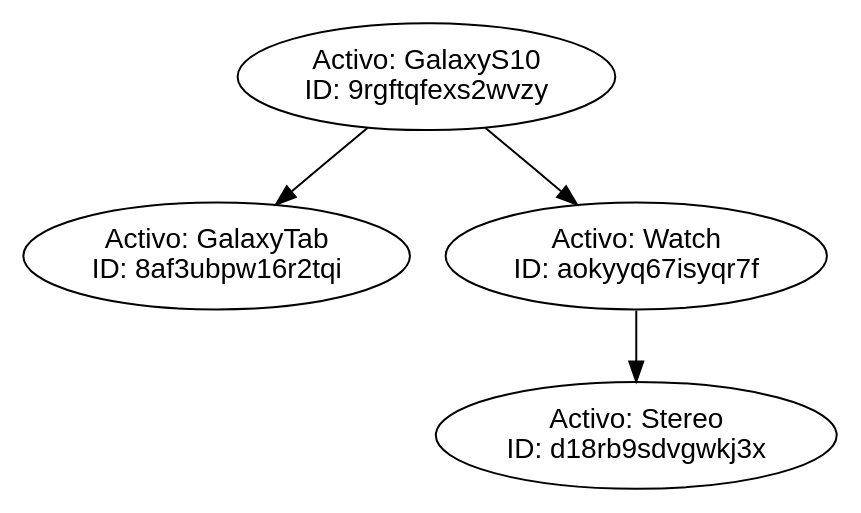
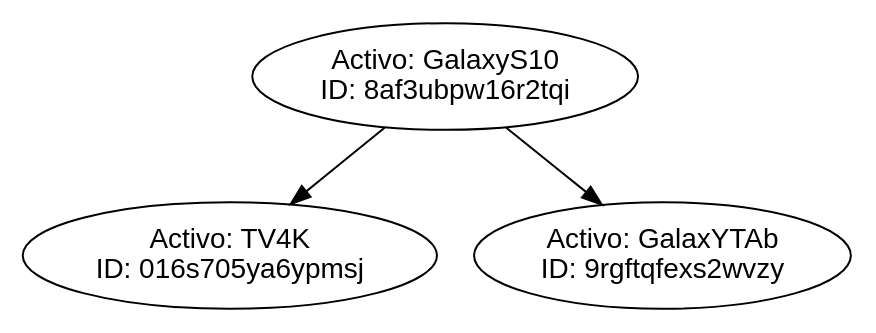
One commit to CarlosNgv99/-EDD-Proyecto_1 changed the diagram in -EDD-Proyecto_1/avlTrees/juanito.dot. Above: the diagram before and after it, drawn with Graphviz. The commit also changed 18 other files, not shown here.

```diff
--- a/-EDD-Proyecto_1/avlTrees/juanito.dot
+++ b/-EDD-Proyecto_1/avlTrees/juanito.dot
@@ -1,1 +1,1 @@
-digraph g{ node [fontname="Arial"];GalaxyTab[label="Activo: GalaxyTab\nID: 8af3ubpw16r2tqi"];GalaxyS10[label="Activo: GalaxyS10\nID: 9rgftqfexs2wvzy"];GalaxyS10->GalaxyTab;GalaxyS10->Watch;Watch[label="Activo: Watch\nID: aokyyq67isyqr7f"];Watch->Stereo;Stereo[label="Activo: Stereo\nID: d18rb9sdvgwkj3x"];}
+digraph g{ node [fontname="Arial"];TV4K[label="Activo: TV4K\nID: 016s705ya6ypmsj"];GalaxyS10[label="Activo: GalaxyS10\nID: 8af3ubpw16r2tqi"];GalaxyS10->TV4K;GalaxyS10->GalaxYTAb;GalaxYTAb[label="Activo: GalaxYTAb\nID: 9rgftqfexs2wvzy"];}
```
